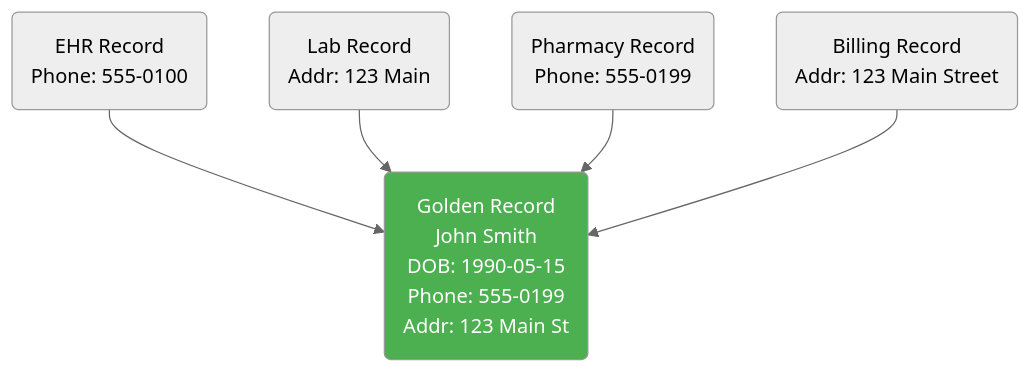
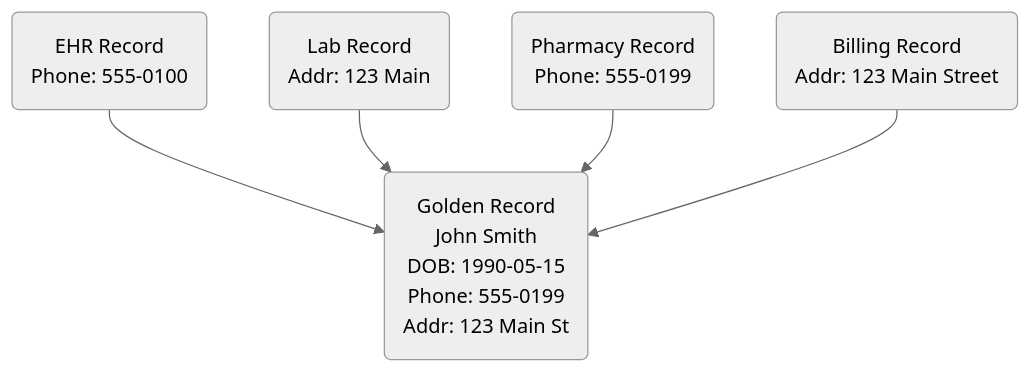
Before and after one commit to HealthSamurai/mdmbox-docs: the second of 4 diagrams in docs/mdm-theory.md, drawn with Mermaid (neutral theme). The commit also changed other lines of this file and 2 other files, not shown here.

Commit message:
fix: replace inline styles with color classes in Mermaid diagrams

````diff
--- a/docs/mdm-theory.md
+++ b/docs/mdm-theory.md
@@ -37,9 +32,7 @@
 ```mermaid
 graph TB
-    R1(EHR Record\nPhone: 555-0100) --> GR(Golden Record\nJohn Smith\nDOB: 1990-05-15\nPhone: 555-0199\nAddr: 123 Main St)
+    R1(EHR Record\nPhone: 555-0100) --> GR(Golden Record\nJohn Smith\nDOB: 1990-05-15\nPhone: 555-0199\nAddr: 123 Main St):::green2
     R2(Lab Record\nAddr: 123 Main) --> GR
     R3(Pharmacy Record\nPhone: 555-0199) --> GR
     R4(Billing Record\nAddr: 123 Main Street) --> GR
-
-    style GR fill:#4caf50,color:#fff
 ```
````
